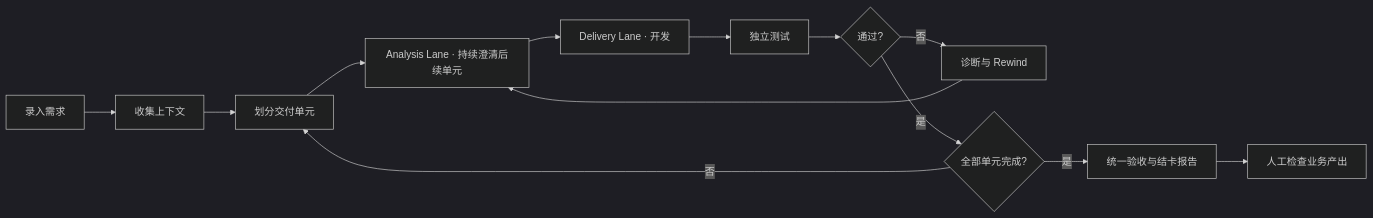
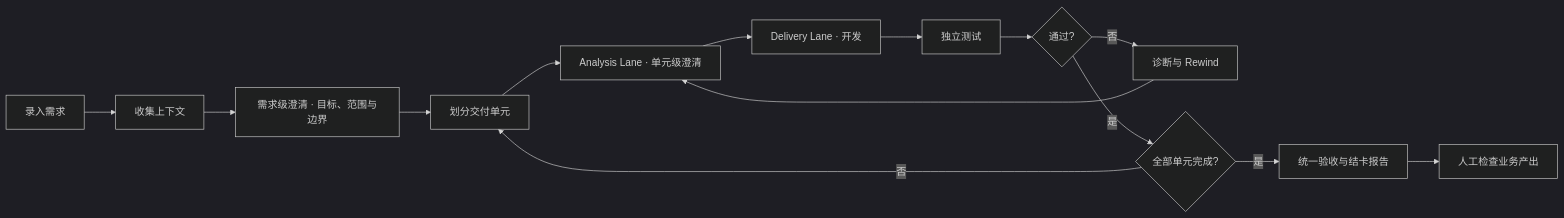
The diagram in README.md (InspireChina/ai4se-loop-workflow), drawn with Mermaid (dark theme) before and after one commit. The commit also changed other lines of this file and 17 other files, not shown here.

````diff
--- a/README.md
+++ b/README.md
@@ -20,15 +20,16 @@
 ```mermaid
 flowchart LR
     input["录入需求"] --> context["收集上下文"]
-    context --> split["划分交付单元"]
-    split --> clarify["Analysis Lane · 持续澄清后续单元"]
-    clarify --> dev["Delivery Lane · 开发"]
+    context --> intakeClarify["需求级澄清 · 目标、范围与边界"]
+    intakeClarify --> split["划分交付单元"]
+    split --> unitClarify["Analysis Lane · 单元级澄清"]
+    unitClarify --> dev["Delivery Lane · 开发"]
     dev --> test["独立测试"]
     test --> passed{"通过?"}
     passed -->|"否"| rewind["诊断与 Rewind"]
-    rewind --> clarify
+    rewind --> unitClarify
     passed -->|"是"| completed{"全部单元完成?"}
     completed -->|"否"| split
     completed -->|"是"| review["统一验收与结卡报告"]
     review --> human["人工检查业务产出"]
 ```
````
